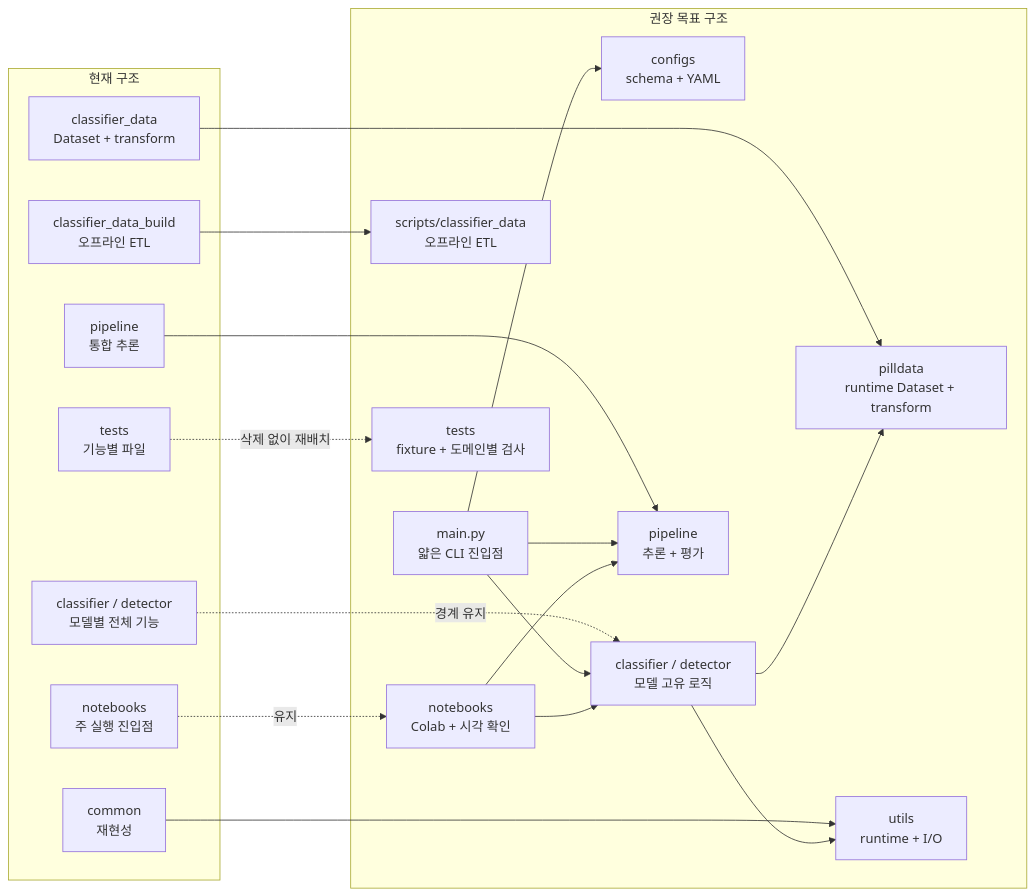
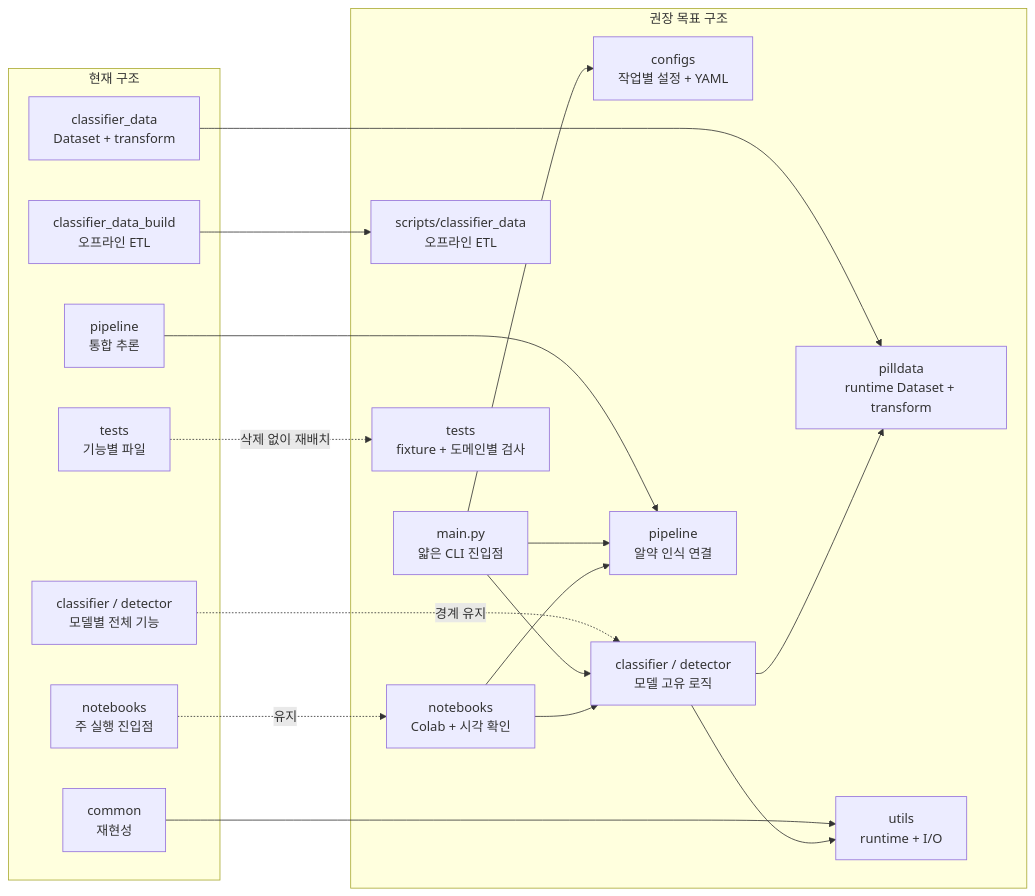
Before and after one commit to auranova1125/gitkk-pill-detection: the diagram in docs/architecture/project_structure_refactor_plan.md, drawn with Mermaid. The commit also changed other lines of this file and 41 other files, not shown here.

````diff
--- a/docs/architecture/project_structure_refactor_plan.md
+++ b/docs/architecture/project_structure_refactor_plan.md
@@ -66,40 +68,40 @@
 ```mermaid
 flowchart LR
     subgraph Current[현재 구조]
         N1[notebooks<br/>주 실행 진입점]
         M1[classifier / detector<br/>모델별 전체 기능]
         D1[classifier_data<br/>Dataset + transform]
         B1[classifier_data_build<br/>오프라인 ETL]
         C1[common<br/>재현성]
         P1[pipeline<br/>통합 추론]
         T1[tests<br/>기능별 파일]
     end
 
     subgraph Target[권장 목표 구조]
         CLI[main.py<br/>얇은 CLI 진입점]
-        CFG[configs<br/>schema + YAML]
+        CFG[configs<br/>작업별 설정 + YAML]
         DATA[pilldata<br/>runtime Dataset + transform]
         MODELS[classifier / detector<br/>모델 고유 로직]
-        PIPE[pipeline<br/>추론 + 평가]
+        PIPE[pipeline<br/>알약 인식 연결]
         UTIL[utils<br/>runtime + I/O]
         SCRIPTS[scripts/classifier_data<br/>오프라인 ETL]
         NOTE[notebooks<br/>Colab + 시각 확인]
         TESTS[tests<br/>fixture + 도메인별 검사]
     end
 
     N1 -. 유지 .-> NOTE
     M1 -. 경계 유지 .-> MODELS
     D1 --> DATA
     B1 --> SCRIPTS
     C1 --> UTIL
     P1 --> PIPE
     T1 -. 삭제 없이 재배치 .-> TESTS
 
     CLI --> CFG
     CLI --> MODELS
     CLI --> PIPE
     NOTE --> MODELS
     NOTE --> PIPE
     MODELS --> DATA
     MODELS --> UTIL
 ```
````
